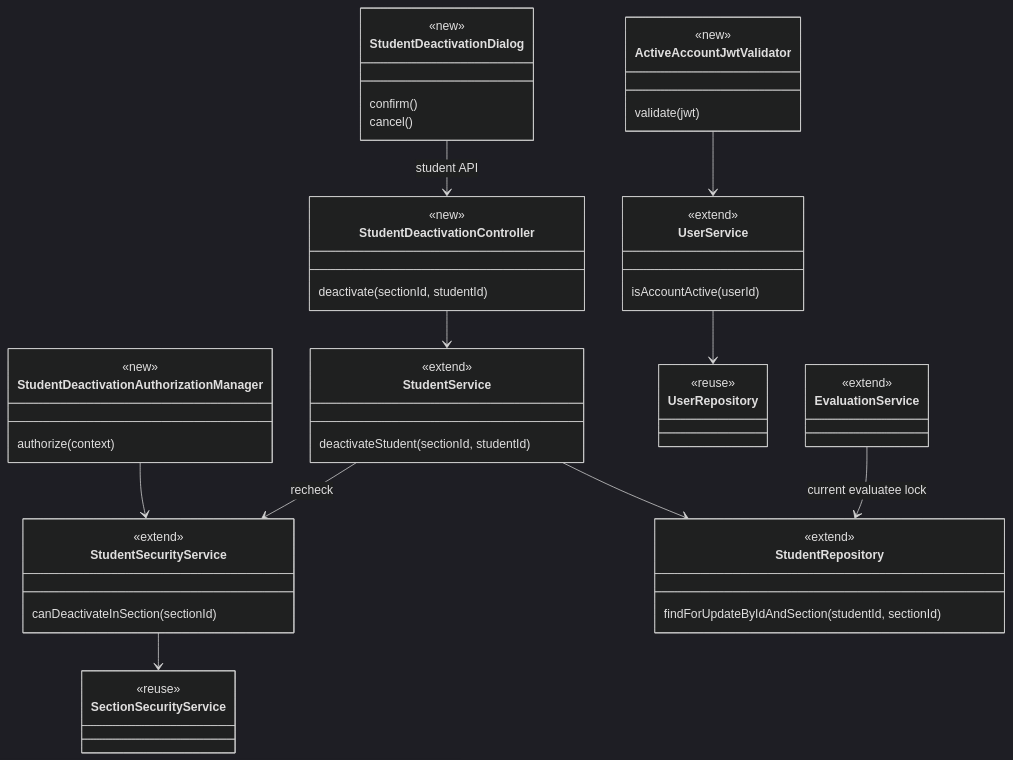
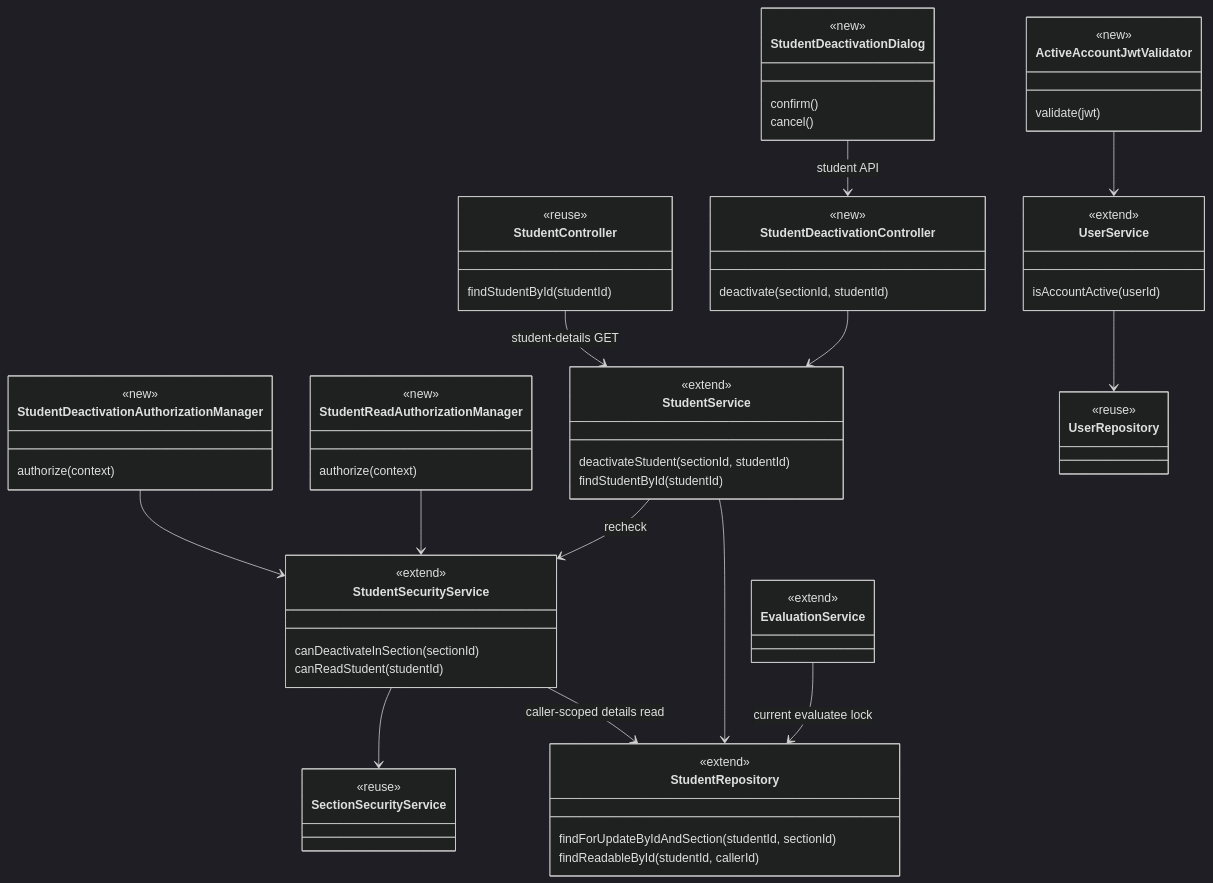
Before and after one commit to CRamirez4145/add-a-use-case: the first of 4 diagrams in docs/design/stu.md, drawn with Mermaid (dark theme). The commit also changed other lines of this file, not shown here.

First line of the commit message:
docs(stu): correct owning course admin access to lifecycle details

````diff
--- a/docs/design/stu.md
+++ b/docs/design/stu.md
@@ -49,54 +53,68 @@
 ```mermaid
 classDiagram
     class StudentDeactivationDialog {
         <<new>>
         confirm()
         cancel()
     }
     class StudentDeactivationController {
         <<new>>
         deactivate(sectionId, studentId)
     }
     class StudentDeactivationAuthorizationManager {
         <<new>>
         authorize(context)
     }
+    class StudentReadAuthorizationManager {
+        <<new>>
+        authorize(context)
+    }
+    class StudentController {
+        <<reuse>>
+        findStudentById(studentId)
+    }
     class StudentSecurityService {
         <<extend>>
         canDeactivateInSection(sectionId)
+        canReadStudent(studentId)
     }
     class SectionSecurityService {
         <<reuse>>
     }
     class StudentService {
         <<extend>>
         deactivateStudent(sectionId, studentId)
+        findStudentById(studentId)
     }
     class StudentRepository {
         <<extend>>
         findForUpdateByIdAndSection(studentId, sectionId)
+        findReadableById(studentId, callerId)
     }
     class ActiveAccountJwtValidator {
         <<new>>
         validate(jwt)
     }
     class UserService {
         <<extend>>
         isAccountActive(userId)
     }
     class UserRepository {
         <<reuse>>
     }
     class EvaluationService {
         <<extend>>
     }
     StudentDeactivationDialog --> StudentDeactivationController : student API
     StudentDeactivationAuthorizationManager --> StudentSecurityService
+    StudentReadAuthorizationManager --> StudentSecurityService
+    StudentController --> StudentService : student-details GET
+    StudentSecurityService --> StudentRepository : caller-scoped details read
     StudentSecurityService --> SectionSecurityService
     StudentDeactivationController --> StudentService
     StudentService --> StudentSecurityService : recheck
     StudentService --> StudentRepository
     ActiveAccountJwtValidator --> UserService
     UserService --> UserRepository
     EvaluationService --> StudentRepository : current evaluatee lock
 ```
````
